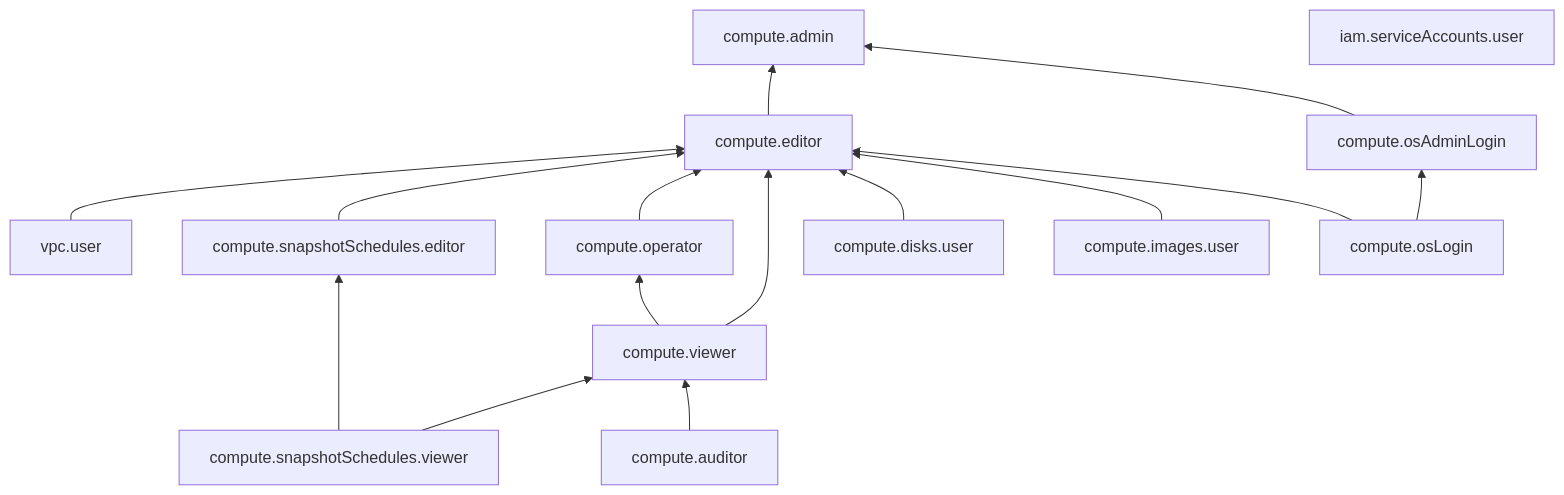
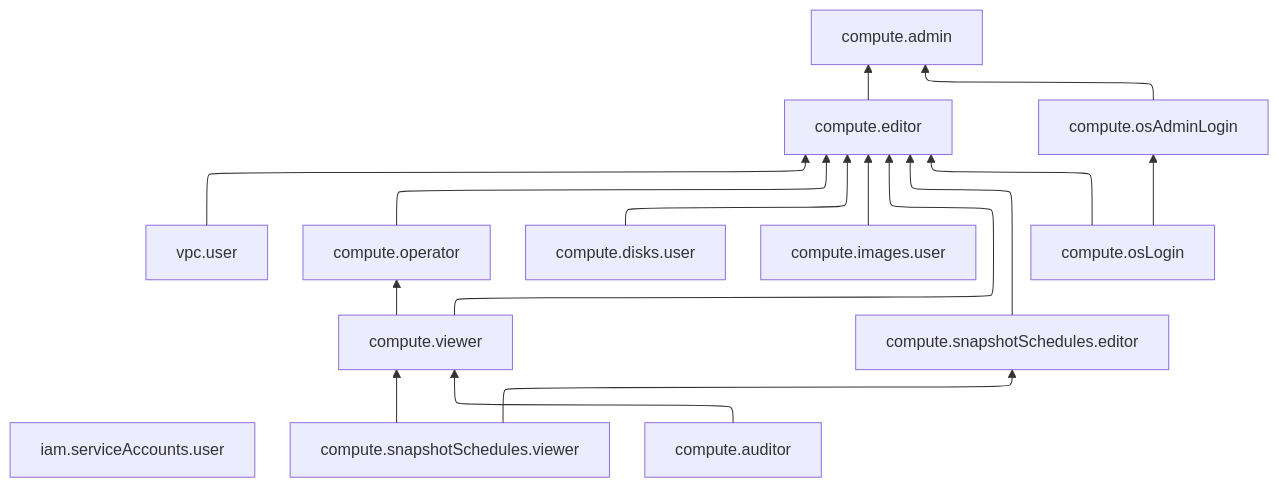
Before and after one commit to yandex-cloud/docs: the diagram in en/_mermaid/roles/compute.md, drawn with Mermaid. The commit also changed 520 other files, not shown here.

````diff
--- a/en/_mermaid/roles/compute.md
+++ b/en/_mermaid/roles/compute.md
@@ -1,18 +1,19 @@
 ```mermaid
+%%{init: {"flowchart": {'defaultRenderer': 'elk'}} }%%
 flowchart BT
-    compute.osAdminLogin~~~iam.serviceAccounts.user
+    iam.serviceAccounts.user
     vpc.user --> compute.editor
     compute.snapshotSchedules.viewer --> compute.viewer
     compute.snapshotSchedules.viewer --> compute.snapshotSchedules.editor
     compute.auditor --> compute.viewer
     compute.viewer --> compute.operator
     compute.snapshotSchedules.editor --> compute.editor
     compute.operator --> compute.editor
-	 compute.viewer --> compute.editor
+	compute.viewer --> compute.editor
     compute.disks.user --> compute.editor
     compute.images.user --> compute.editor
     compute.osLogin --> compute.editor
     compute.osLogin --> compute.osAdminLogin
     compute.editor --> compute.admin
     compute.osAdminLogin --> compute.admin
 ```
````
